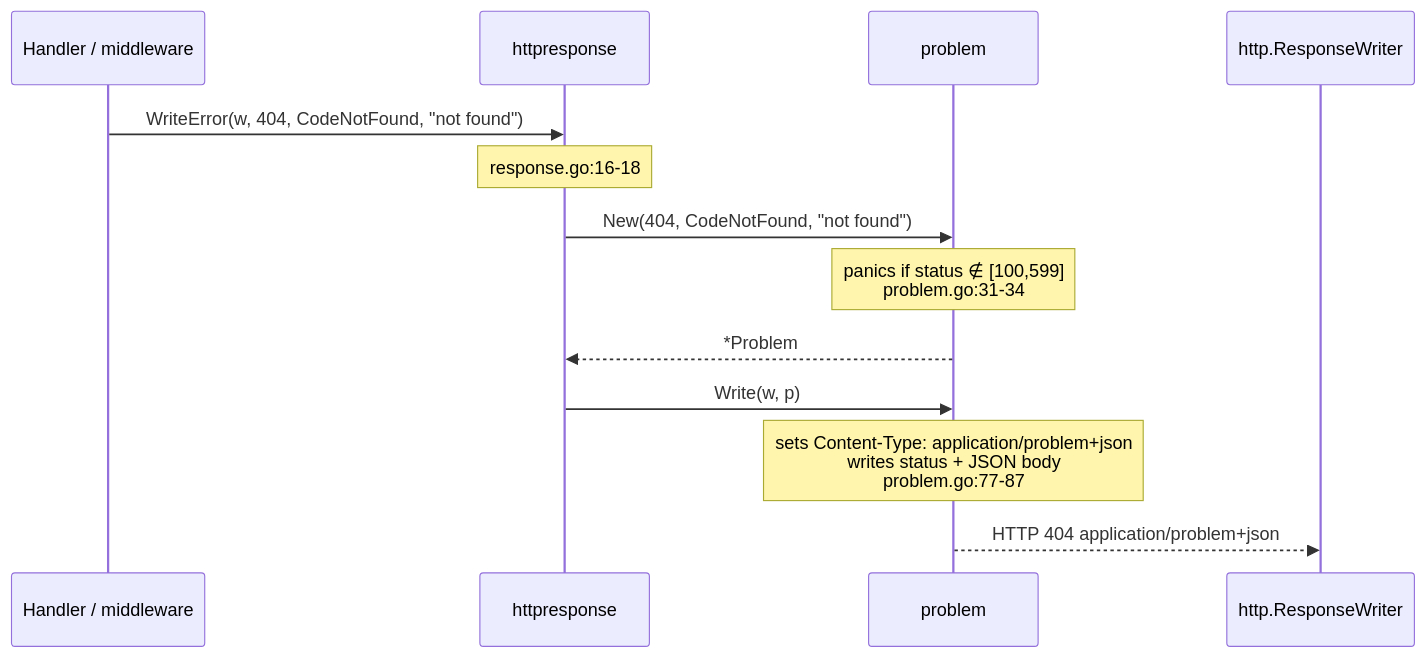
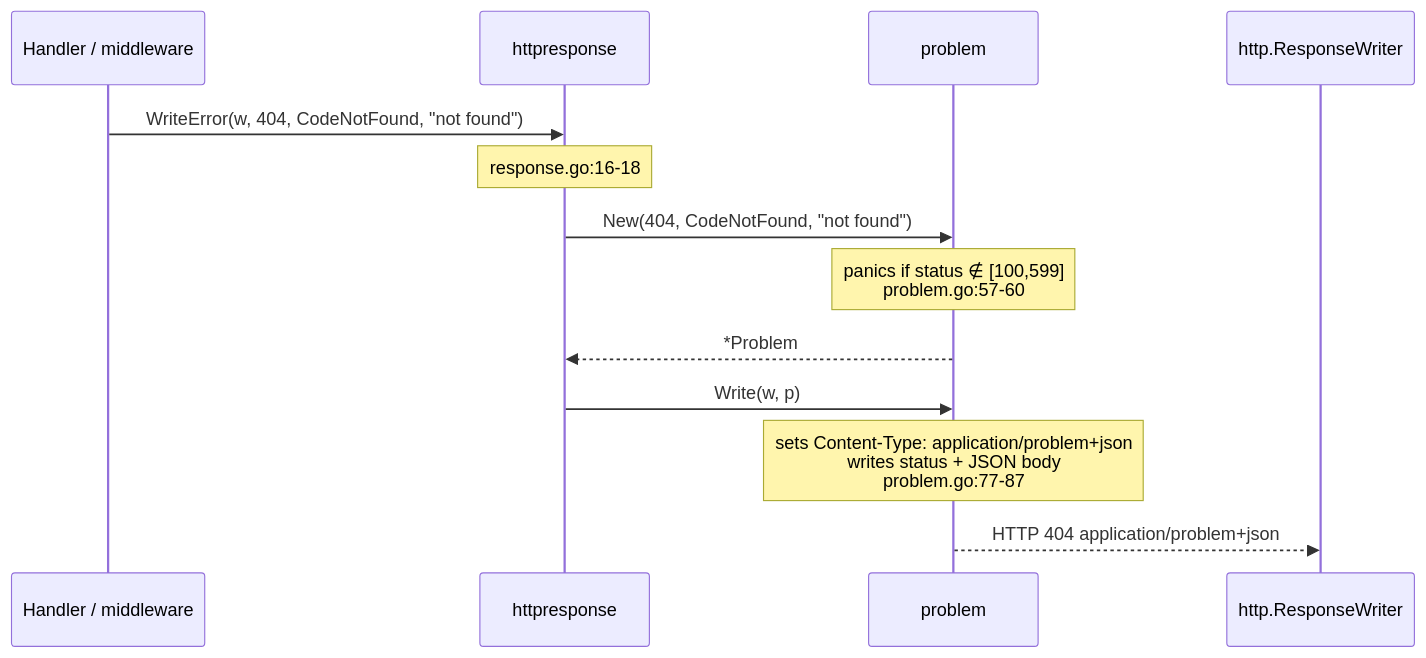
Before and after one commit to developmentconexus-ops/MetalDocs: the first of 5 diagrams in wiki/backend/platform/http-toolkit.md, drawn with Mermaid. The commit also changed other lines of this file and 1 other file, not shown here.

````diff
--- a/wiki/backend/platform/http-toolkit.md
+++ b/wiki/backend/platform/http-toolkit.md
@@ -190,16 +204,16 @@
 ```mermaid
 sequenceDiagram
     participant H as Handler / middleware
     participant HR as httpresponse
     participant P as problem
     participant W as http.ResponseWriter
 
     H->>HR: WriteError(w, 404, CodeNotFound, "not found")
     Note over HR: response.go:16-18
     HR->>P: New(404, CodeNotFound, "not found")
-    Note over P: panics if status ∉ [100,599]<br/>problem.go:31-34
+    Note over P: panics if status ∉ [100,599]<br/>problem.go:57-60
     P-->>HR: *Problem
     HR->>P: Write(w, p)
     Note over P: sets Content-Type: application/problem+json<br/>writes status + JSON body<br/>problem.go:77-87
     P-->>W: HTTP 404 application/problem+json
 ```
````
